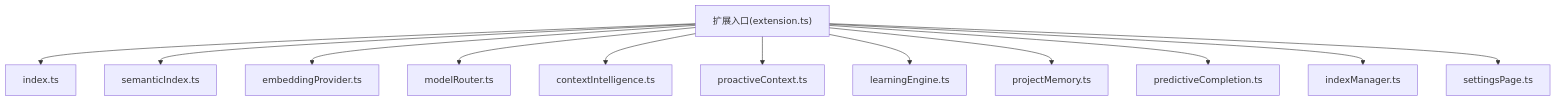
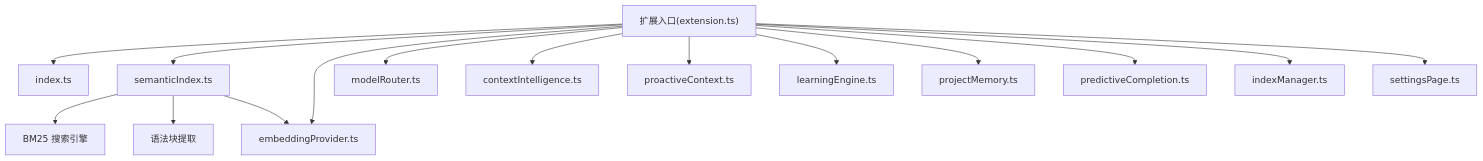
The ninth of 9 diagrams in .qoder/repowiki/zh/content/架构设计/代码库智能架构/代码库智能架构.md (sofate798/KodrixCode), drawn with Mermaid before and after one commit. The commit also changed other lines of this file and 4 other files, not shown here.

````diff
--- a/.qoder/repowiki/zh/content/架构设计/代码库智能架构/代码库智能架构.md
+++ b/.qoder/repowiki/zh/content/架构设计/代码库智能架构/代码库智能架构.md
@@ -316,14 +381,17 @@
 ```mermaid
 graph TB
 Entry["扩展入口(extension.ts)"] --> Index["index.ts"]
 Entry --> Semantic["semanticIndex.ts"]
 Entry --> Embed["embeddingProvider.ts"]
 Entry --> Router["modelRouter.ts"]
 Entry --> Context["contextIntelligence.ts"]
 Entry --> Proactive["proactiveContext.ts"]
 Entry --> Learning["learningEngine.ts"]
 Entry --> Memory["projectMemory.ts"]
 Entry --> Predictive["predictiveCompletion.ts"]
 Entry --> Manager["indexManager.ts"]
 Entry --> Settings["settingsPage.ts"]
+Semantic --> BM25["BM25 搜索引擎"]
+Semantic --> Block["语法块提取"]
+Semantic --> Embed
 ```
````
